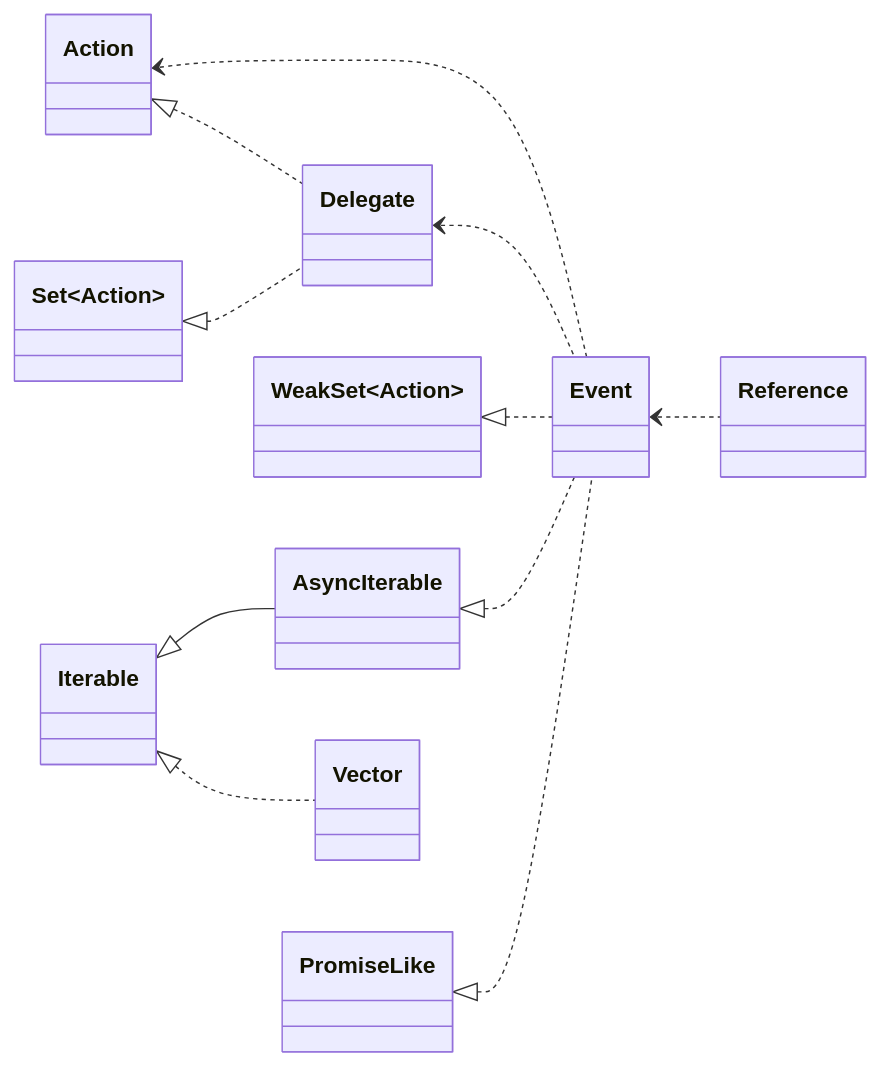
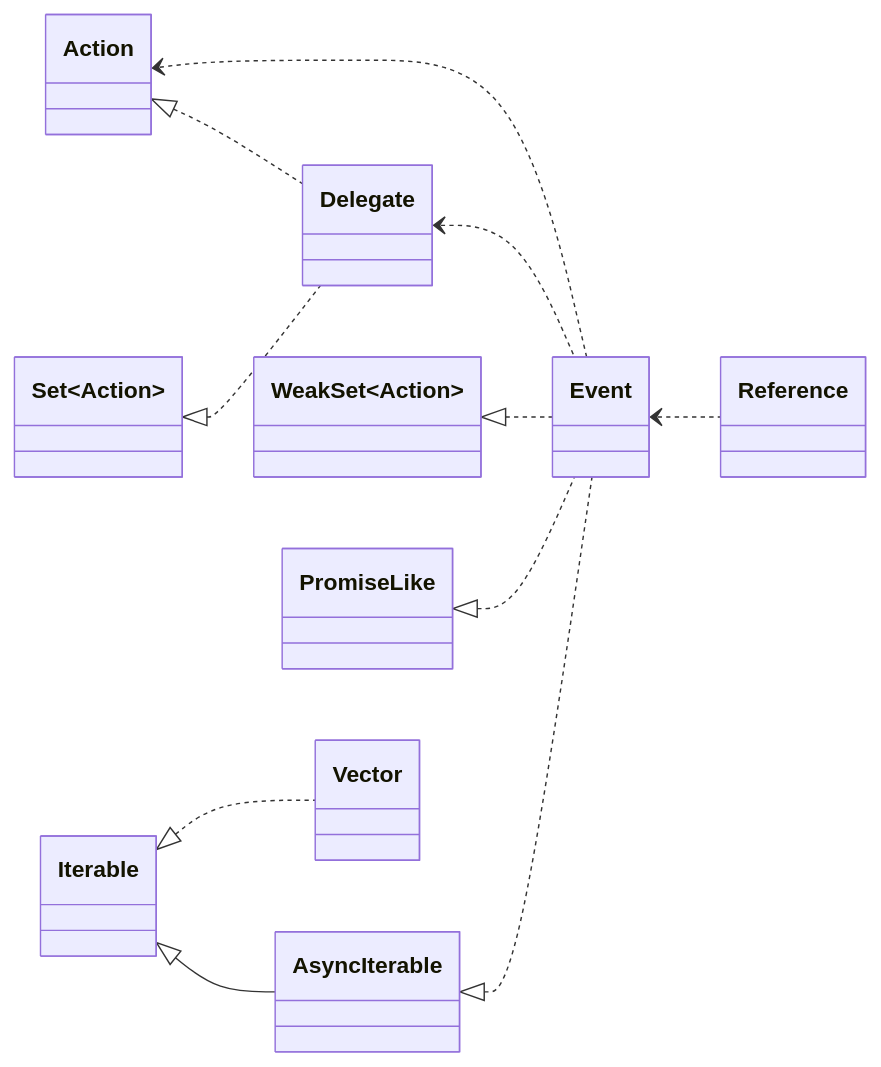
One commit to domrally/peekeasy changed the fourth of 4 diagrams in README.md. Above: the diagram before and after it, drawn with Mermaid. The commit also changed other lines of this file, not shown here.

````diff
--- a/README.md
+++ b/README.md
@@ -204,20 +204,20 @@
 ```mermaid
 classDiagram
     direction LR
     Action <.. Event
     Action <|.. Delegate
     Set~Action~ <|.. Delegate
     Delegate <.. Event
     WeakSet~Action~ <|.. Event
+    PromiseLike <|.. Event
     AsyncIterable <|.. Event
-    PromiseLike <|.. Event
     Event <.. Reference
     Iterable <|-- AsyncIterable
     Iterable <|.. Vector
     class Delegate
     link Delegate "https://github.com/domrally/peekeasy/blob/main/src/delegate.ts" "delegate.ts"
     class Event
     link Event "https://github.com/domrally/peekeasy/blob/main/src/event.ts" "event.ts"
     class Vector
     link Vector "https://github.com/domrally/peekeasy/blob/main/src/vector.ts" "vector.ts"
 ```
````
